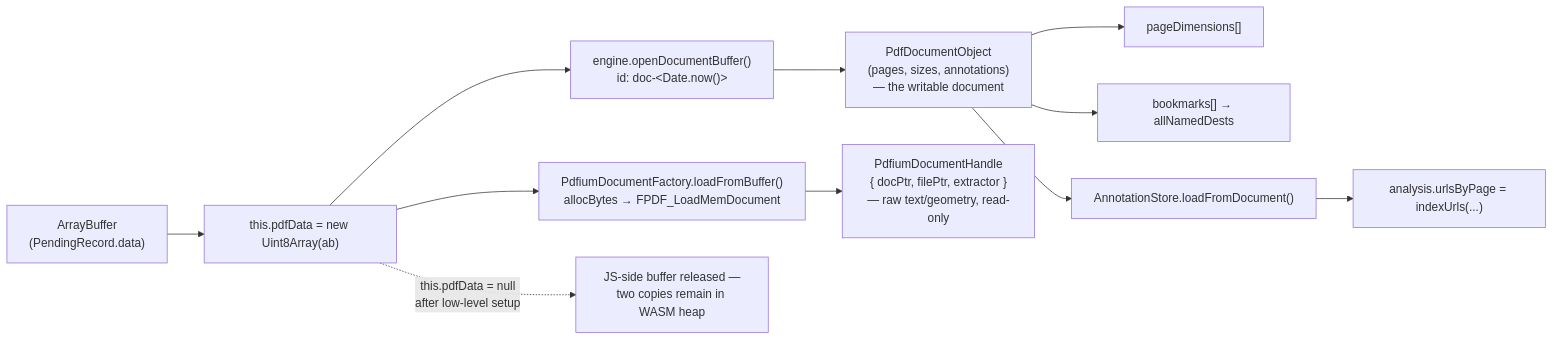
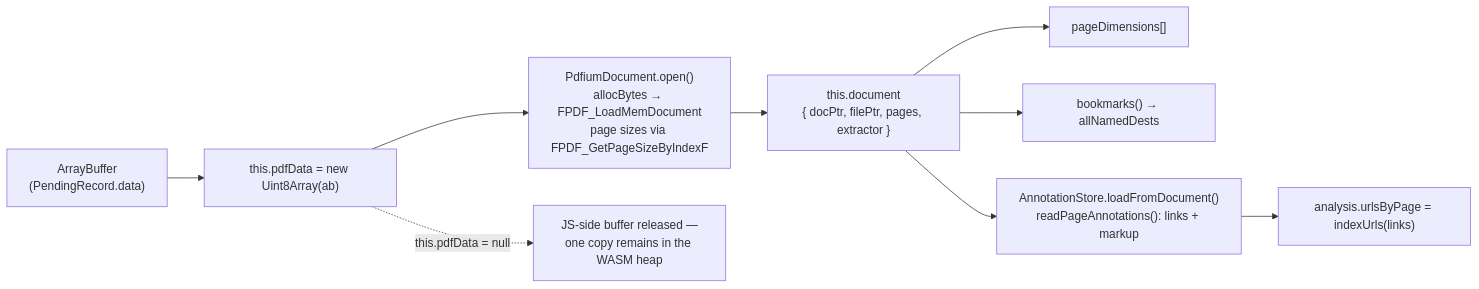
Before and after one commit to ChihshengJ/hover: the third of 5 diagrams in docs/pdf_lifecycle.md, drawn with Mermaid. The commit also changed other lines of this file and 19 other files, not shown here.

Commit message:
refactor(pdf): remove @embedpdf/engines; Hover runs PDFium through its own layer

````diff
--- a/docs/pdf_lifecycle.md
+++ b/docs/pdf_lifecycle.md
@@ -243,17 +244,12 @@
 ```mermaid
 flowchart LR
     AB["ArrayBuffer<br/>(PendingRecord.data)"] --> U8["this.pdfData = new Uint8Array(ab)"]
+    U8 --> OPEN["PdfiumDocument.open()<br/>allocBytes → FPDF_LoadMemDocument<br/>page sizes via FPDF_GetPageSizeByIndexF"]
+    OPEN --> DOC["this.document<br/>{ docPtr, filePtr, pages, extractor }"]
+    U8 -.->|"this.pdfData = null"| GC["JS-side buffer released —<br/>one copy remains in the WASM heap"]
 
-    U8 --> E1["engine.openDocumentBuffer()<br/>id: doc-&lt;Date.now()&gt;"]
-    E1 --> ENG["PdfDocumentObject<br/>(pages, sizes, annotations)<br/>— the writable document"]
-
-    U8 --> L1["PdfiumDocumentFactory.loadFromBuffer()<br/>allocBytes → FPDF_LoadMemDocument"]
-    L1 --> LLH["PdfiumDocumentHandle<br/>{ docPtr, filePtr, extractor }<br/>— raw text/geometry, read-only"]
-
-    U8 -.->|"this.pdfData = null<br/>after low-level setup"| GC["JS-side buffer released —<br/>two copies remain in WASM heap"]
-
-    ENG --> DIMS["pageDimensions[]"]
-    ENG --> BM["bookmarks[] → allNamedDests"]
-    ENG --> ANN["AnnotationStore.loadFromDocument()"]
-    ANN --> URLS["analysis.urlsByPage = indexUrls(...)"]
+    DOC --> DIMS["pageDimensions[]"]
+    DOC --> BM["bookmarks() → allNamedDests"]
+    DOC --> ANN["AnnotationStore.loadFromDocument()<br/>readPageAnnotations(): links + markup"]
+    ANN --> URLS["analysis.urlsByPage = indexUrls(links)"]
 ```
````
